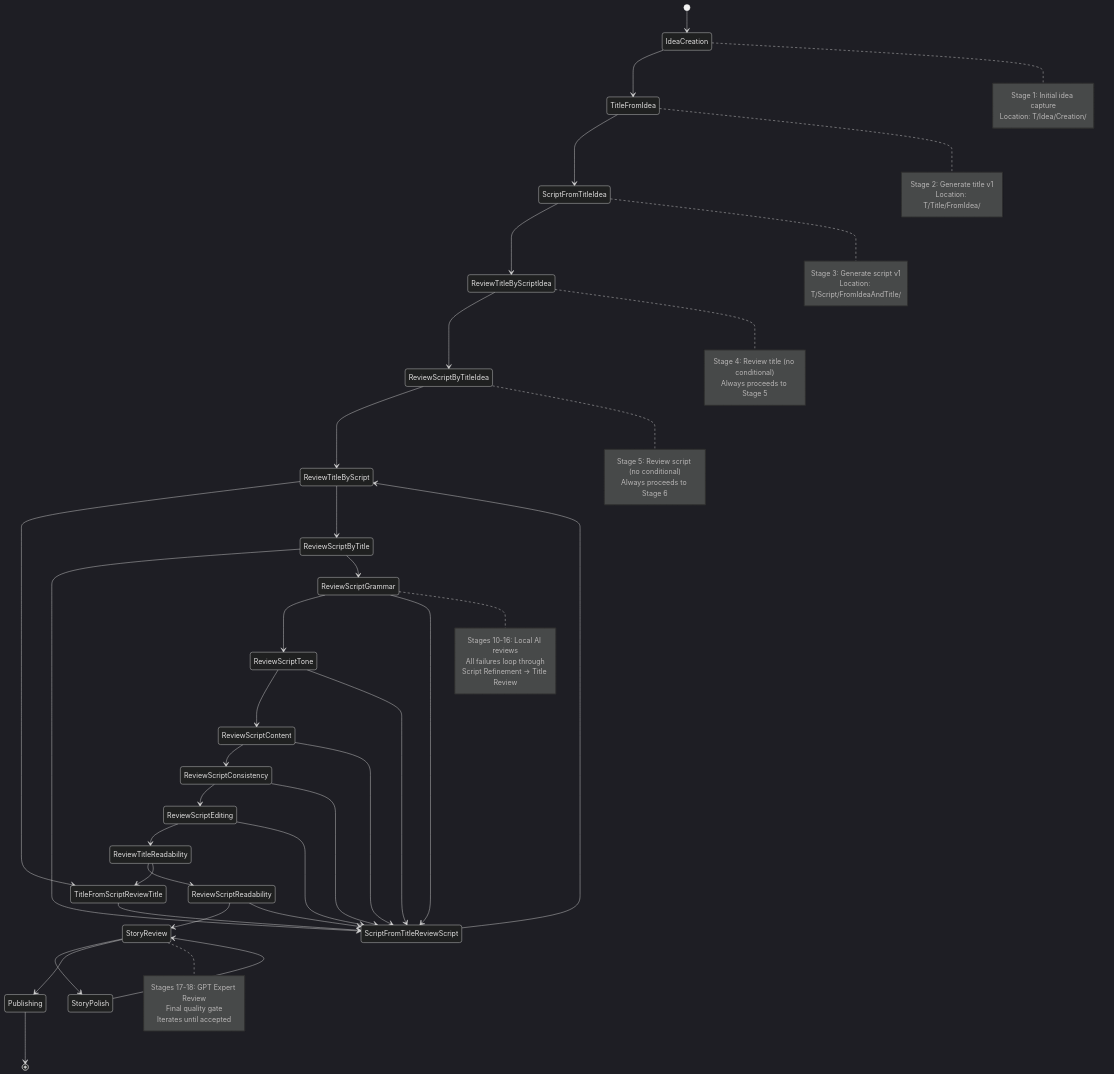
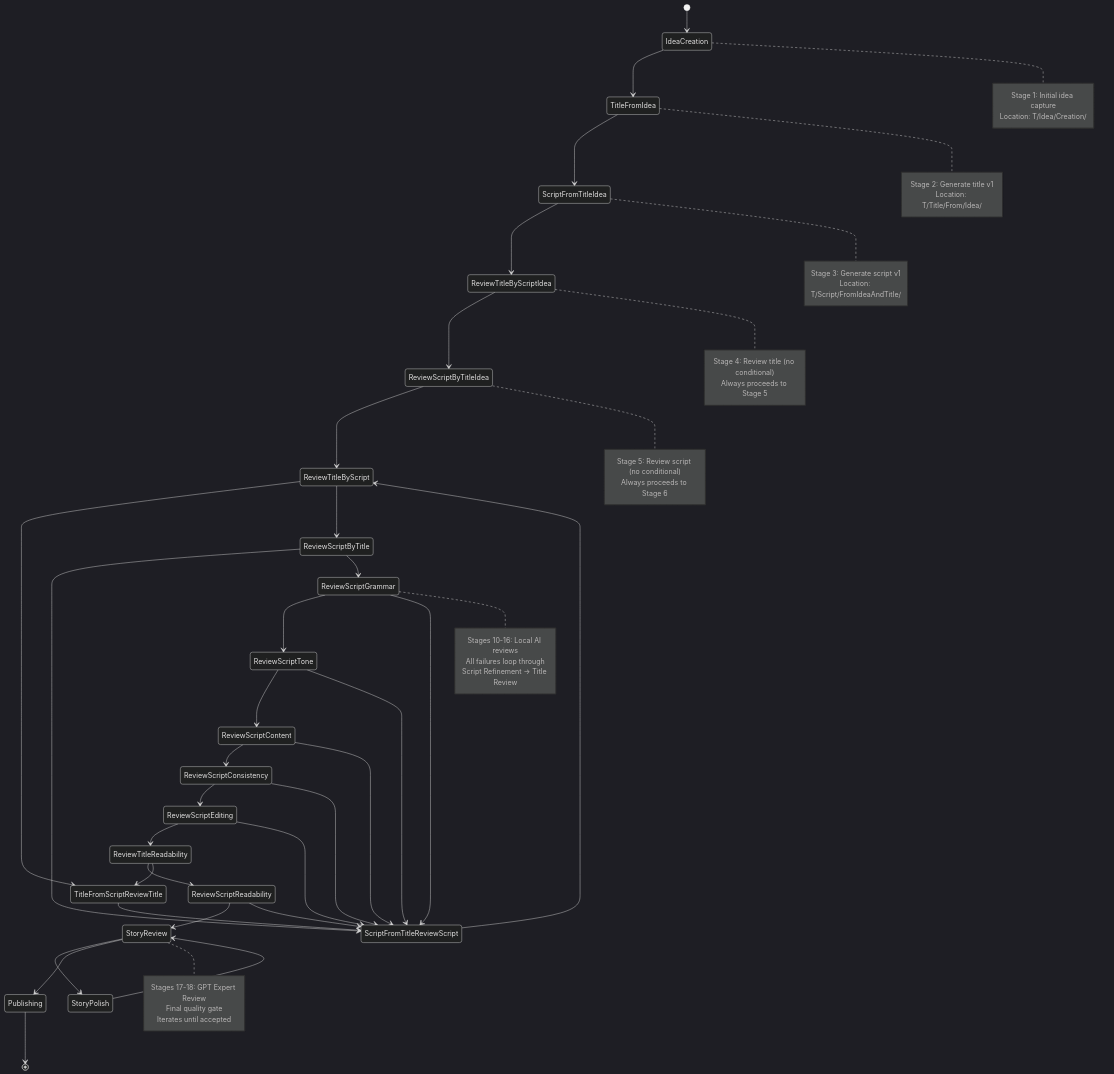
Before and after one commit to Nomoos/PrismQ: the diagram in T/WORKFLOW_STATE_MACHINE.md, drawn with Mermaid (dark theme). The commit also changed other lines of this file and 39 other files, not shown here.

```diff
--- a/T/WORKFLOW_STATE_MACHINE.md
+++ b/T/WORKFLOW_STATE_MACHINE.md
@@ -61,7 +61,7 @@
     
     note right of TitleFromIdea
         Stage 2: Generate title v1
-        Location: T/Title/FromIdea/
+        Location: T/Title/From/Idea/
     end note
     
     note right of ScriptFromTitleIdea
```
